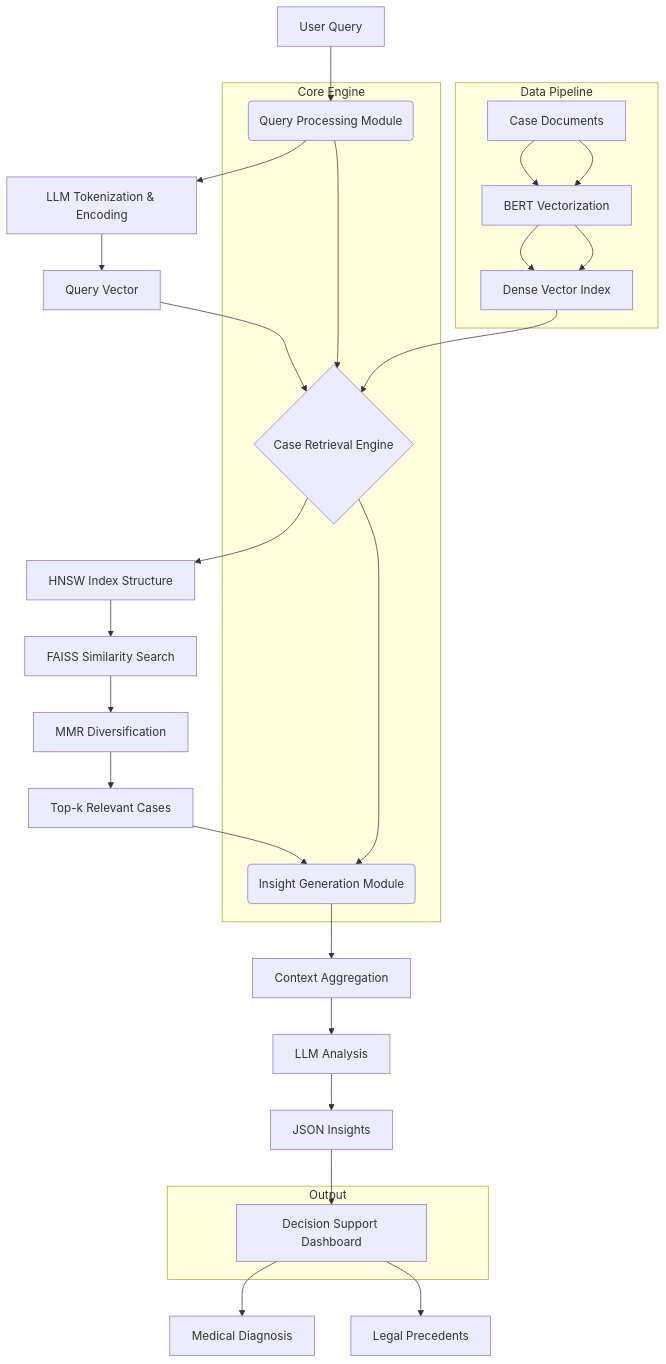
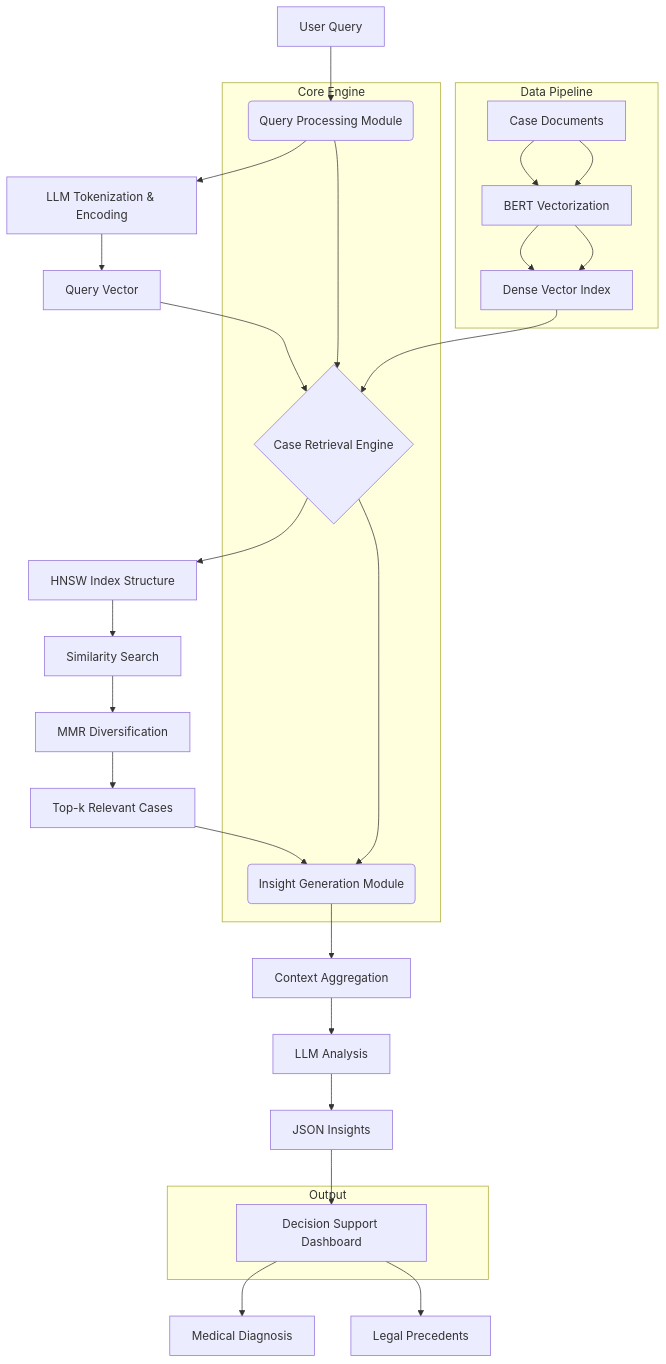
Before and after one commit to gsdev42/Bajaj-Hack: the first of 2 diagrams in README.md, drawn with Mermaid. The commit also changed other lines of this file, not shown here.

Commit message:
corrected README.md

```````diff
--- a/README.md
+++ b/README.md
@@ -89,37 +89,37 @@
 ``````mermaid
 graph TD
     A[User Query] --> B(Query Processing Module)
     B --> C[LLM Tokenization & Encoding]
     C --> D[Query Vector]
     D --> E{Case Retrieval Engine}
     
     F[Case Documents] --> G[BERT Vectorization]
     G --> H[Dense Vector Index]
     H --> E
     
     E --> I[HNSW Index Structure]
-    I --> J[FAISS Similarity Search]
+    I --> J[ Similarity Search]
     J --> K[MMR Diversification]
     K --> L[Top-k Relevant Cases]
     
     L --> M(Insight Generation Module)
     M --> N[Context Aggregation]
     N --> O[LLM Analysis]
     O --> P[JSON Insights]
     
     P --> Q[Decision Support Dashboard]
     Q --> R[Medical Diagnosis]
     Q --> S[Legal Precedents]
     
     subgraph Data Pipeline
         F --> G --> H
     end
     
     subgraph Core Engine
         B --> E --> M
     end
     
     subgraph Output
         Q
     end
 ``````
```````
